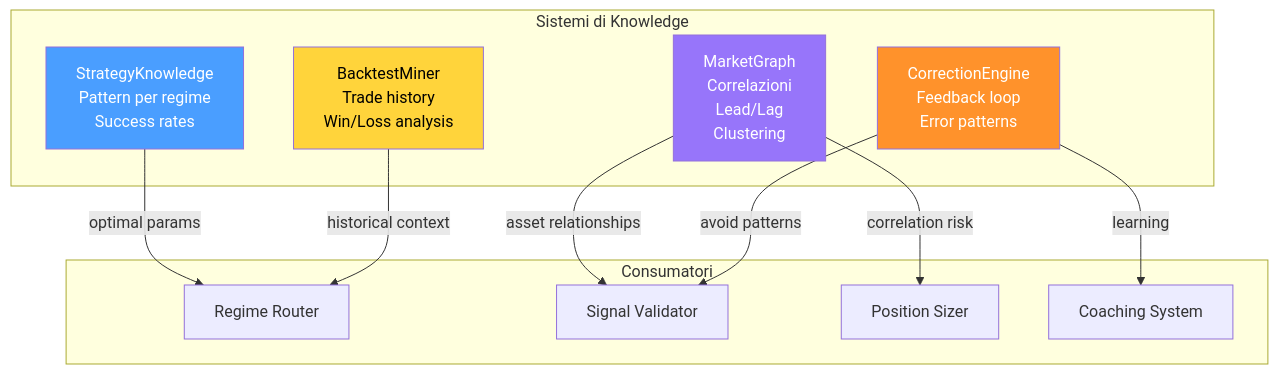
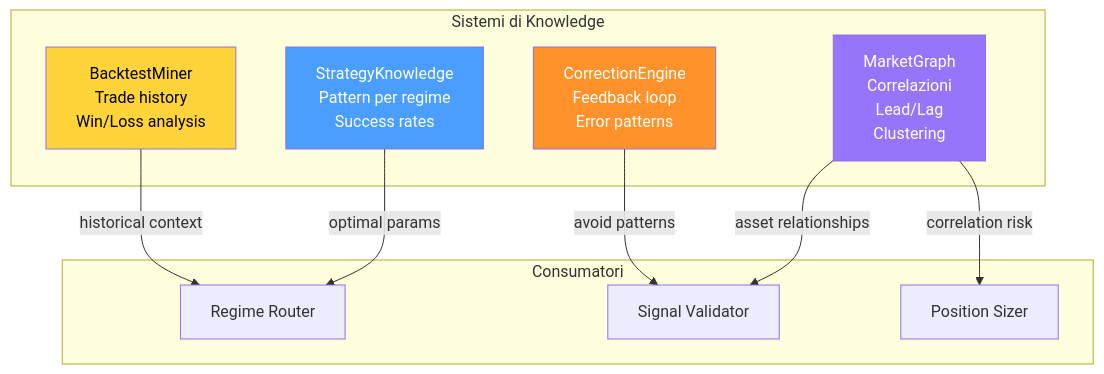
The ninth of 9 diagrams in docs/architecture/v1-summaries/MONEYMAKER-V1-part2-ai-brain.md (renanaugustomacena-ux/invest-smart), drawn with Mermaid before and after one commit. The commit also changed other lines of this file and 3 other files, not shown here.

First line of the commit message:
Remove AI/ML references from architecture documentation

````diff
--- a/docs/architecture/v1-summaries/MONEYMAKER-V1-part2-ai-brain.md
+++ b/docs/architecture/v1-summaries/MONEYMAKER-V1-part2-ai-brain.md
@@ -618,28 +535,26 @@
 ```mermaid
 graph TB
     subgraph KNOWLEDGE["Sistemi di Knowledge"]
         MG["MarketGraph<br/>Correlazioni<br/>Lead/Lag<br/>Clustering"]
         SK["StrategyKnowledge<br/>Pattern per regime<br/>Success rates"]
         BM["BacktestMiner<br/>Trade history<br/>Win/Loss analysis"]
         CE["CorrectionEngine<br/>Feedback loop<br/>Error patterns"]
     end
 
     subgraph CONSUMERS["Consumatori"]
         ROUTER["Regime Router"]
         VALIDATOR["Signal Validator"]
         SIZER["Position Sizer"]
-        COACH["Coaching System"]
     end
 
     MG -->|"asset relationships"| VALIDATOR
     MG -->|"correlation risk"| SIZER
     SK -->|"optimal params"| ROUTER
     BM -->|"historical context"| ROUTER
     CE -->|"avoid patterns"| VALIDATOR
-    CE -->|"learning"| COACH
 
     style MG fill:#9775fa,color:#fff
     style SK fill:#4a9eff,color:#fff
     style BM fill:#ffd43b,color:#000
     style CE fill:#ff922b,color:#fff
 ```
````
